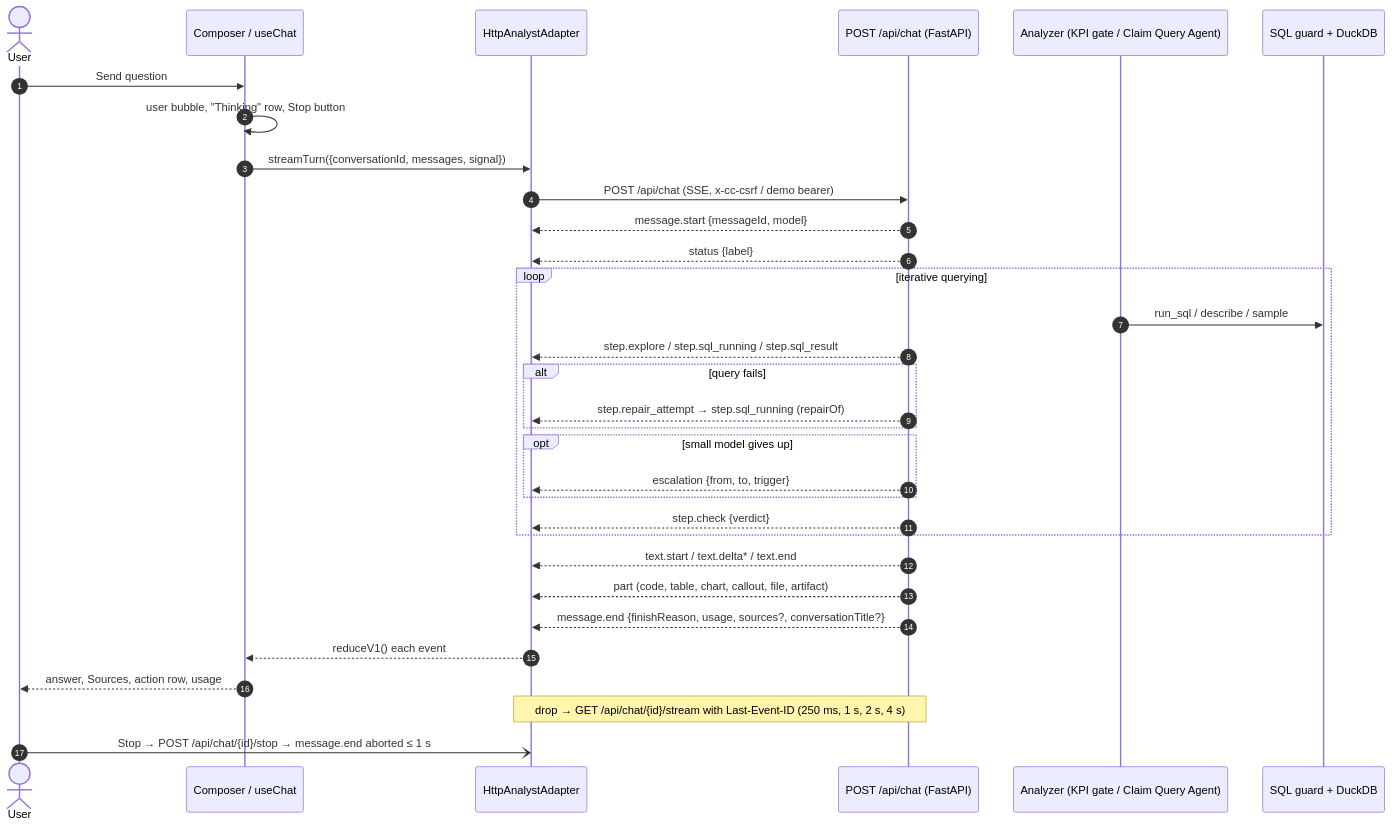
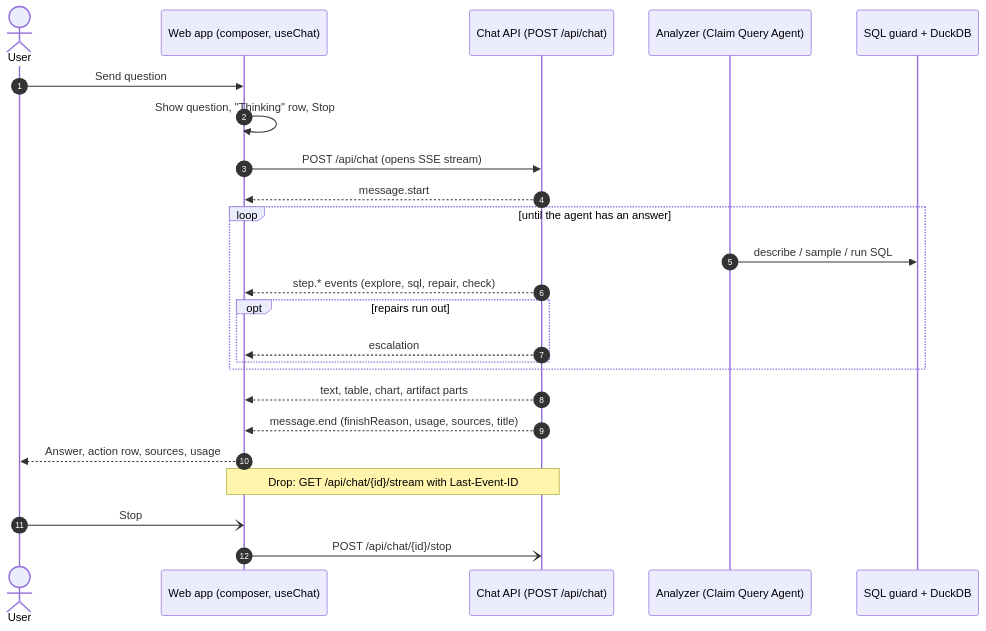
Before and after one commit to Peter-Shamoun/cc: the first of 2 diagrams in confluence/claimclarity-frontend-interaction.md, drawn with Mermaid. The commit also changed other lines of this file and 9 other files, not shown here.

````diff
--- a/confluence/claimclarity-frontend-interaction.md
+++ b/confluence/claimclarity-frontend-interaction.md
@@ -513,34 +11,26 @@
 ```mermaid
 sequenceDiagram
     autonumber
     actor U as User
-    participant C as Composer / useChat
-    participant A as HttpAnalystAdapter
-    participant API as POST /api/chat (FastAPI)
-    participant AN as Analyzer (KPI gate / Claim Query Agent)
-    participant G as SQL guard + DuckDB
-    U->>C: Send question
-    C->>C: user bubble, "Thinking" row, Stop button
-    C->>A: streamTurn({conversationId, messages, signal})
-    A->>API: POST /api/chat (SSE, x-cc-csrf / demo bearer)
-    API-->>A: message.start {messageId, model}
-    API-->>A: status {label}
-    loop iterative querying
-        AN->>G: run_sql / describe / sample
-        API-->>A: step.explore / step.sql_running / step.sql_result
-        alt query fails
-            API-->>A: step.repair_attempt → step.sql_running (repairOf)
+    participant W as Web app (composer, useChat)
+    participant API as Chat API (POST /api/chat)
+    participant AN as Analyzer (Claim Query Agent)
+    participant DB as SQL guard + DuckDB
+    U->>W: Send question
+    W->>W: Show question, "Thinking" row, Stop
+    W->>API: POST /api/chat (opens SSE stream)
+    API-->>W: message.start
+    loop until the agent has an answer
+        AN->>DB: describe / sample / run SQL
+        API-->>W: step.* events (explore, sql, repair, check)
+        opt repairs run out
+            API-->>W: escalation
         end
-        opt small model gives up
-            API-->>A: escalation {from, to, trigger}
-        end
-        API-->>A: step.check {verdict}
     end
-    API-->>A: text.start / text.delta* / text.end
-    API-->>A: part (code, table, chart, callout, file, artifact)
-    API-->>A: message.end {finishReason, usage, sources?, conversationTitle?}
-    A-->>C: reduceV1() each event
-    C-->>U: answer, Sources, action row, usage
-    Note over A,API: drop → GET /api/chat/{id}/stream with Last-Event-ID (250 ms, 1 s, 2 s, 4 s)
-    U-)A: Stop → POST /api/chat/{id}/stop → message.end aborted ≤ 1 s
+    API-->>W: text, table, chart, artifact parts
+    API-->>W: message.end (finishReason, usage, sources, title)
+    W-->>U: Answer, action row, sources, usage
+    Note over W,API: Drop: GET /api/chat/{id}/stream with Last-Event-ID
+    U-)W: Stop
+    W-)API: POST /api/chat/{id}/stop
 ```
````
